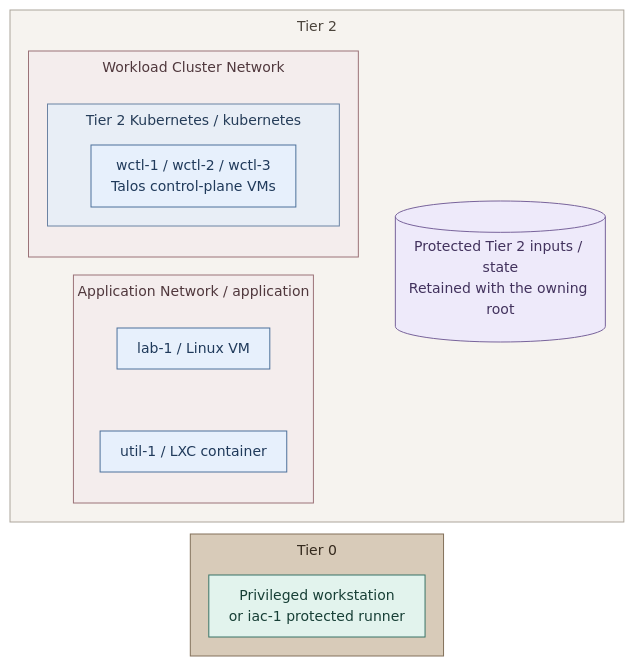
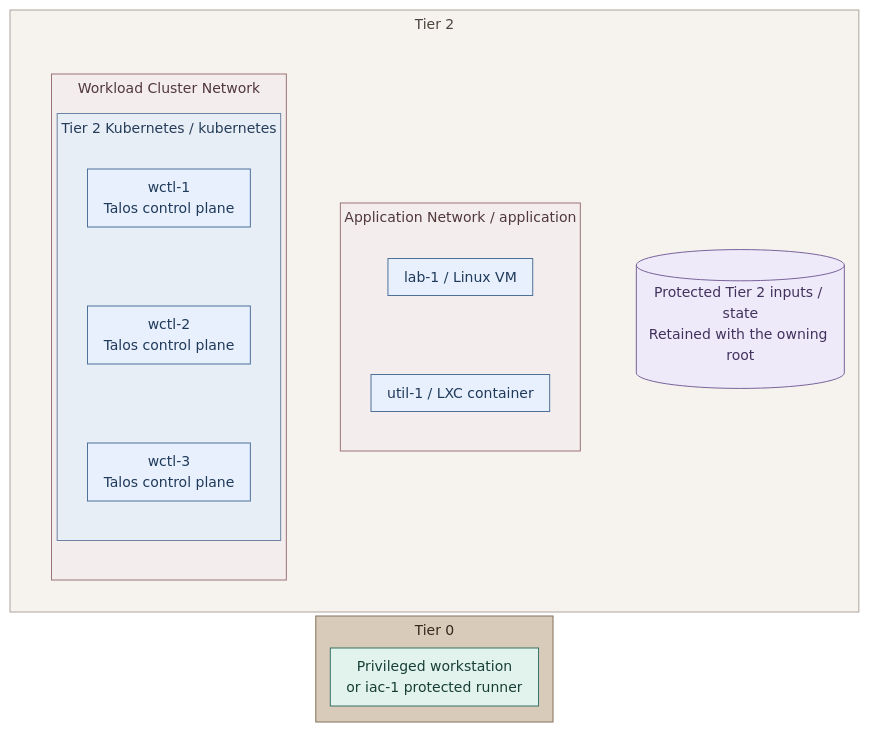
The first of 2 diagrams in docs/03-deployment/stage-10-lab-environments/README.md (Rexus/homelab), drawn with Mermaid before and after one commit. The commit also changed other lines of this file and 352 other files, not shown here.

````diff
--- a/docs/03-deployment/stage-10-lab-environments/README.md
+++ b/docs/03-deployment/stage-10-lab-environments/README.md
@@ -14,39 +14,47 @@
 ```mermaid
-%%{init: {"theme":"base","flowchart":{"nodeSpacing":18,"rankSpacing":12,"padding":10,"subGraphTitleMargin":{"top":6,"bottom":16}},"themeVariables":{"lineColor":"#627581","edgeLabelBackground":"#f8fafc","fontFamily":"Arial, sans-serif","fontSize":"14px"},"fontFamily":"Arial, sans-serif"}}%%
+%%{init: {"theme":"base","flowchart":{"nodeSpacing":12,"rankSpacing":4,"padding":8,"subGraphTitleMargin":{"top":4,"bottom":12}},"themeVariables":{"lineColor":"#627581","edgeLabelBackground":"#f8fafc","fontFamily":"Arial, sans-serif","fontSize":"14px"},"fontFamily":"Arial, sans-serif"}}%%
 flowchart TB
   subgraph T2["Tier 2"]
+    subgraph Layout[" "]
+      direction LR
     subgraph WorkloadNetwork["Workload Cluster Network"]
       subgraph Cluster["Tier 2 Kubernetes / kubernetes"]
-        CPs["wctl-1 / wctl-2 / wctl-3<br/>Talos control-plane VMs"]
+        direction TB
+        CP1["wctl-1<br/>Talos control plane"]
+        CP2["wctl-2<br/>Talos control plane"]
+        CP3["wctl-3<br/>Talos control plane"]
+        CP1 ~~~ CP2 ~~~ CP3
       end
     end
     subgraph ApplicationNetwork["Application Network / application"]
       direction TB
       VM["lab-1 / Linux VM"]
       CT["util-1 / LXC container"]
       VM ~~~ CT
     end
+    WorkloadNetwork ~~~ ApplicationNetwork
+    end
     State[("Protected Tier 2 inputs / state<br/>Retained with the owning root")]
-    WorkloadNetwork ~~~ State
-    ApplicationNetwork ~~~ State
+    Layout ~~~ State
   end
   subgraph T0["Tier 0"]
     Runner["Privileged workstation<br/>or iac-1 protected runner"]
   end
   T2 ~~~ T0
   classDef default fill:#f8fafc,stroke:#64748b,color:#1f2937
   classDef services fill:#e7f0fc,stroke:#4d719b,color:#203a5b
   classDef control fill:#e2f3ed,stroke:#397366,color:#173f36
   classDef data fill:#eeeafa,stroke:#78639b,color:#42325d
   classDef kubernetes fill:#e8eef6,stroke:#6b83a3,color:#263d59
   classDef network fill:#f4eded,stroke:#9b7378,color:#50383d
   classDef tier0 fill:#d8cbb9,stroke:#83715a,color:#352a1e
   classDef tier2 fill:#f6f3ef,stroke:#aca59b,color:#4b443c
-  class CPs,VM,CT services
+  class CP1,CP2,CP3,VM,CT services
   class State data
   class Runner control
   class Cluster kubernetes
   class WorkloadNetwork,ApplicationNetwork network
   class T2 tier2
   class T0 tier0
+  style Layout fill:none,stroke:none
 ```
````
